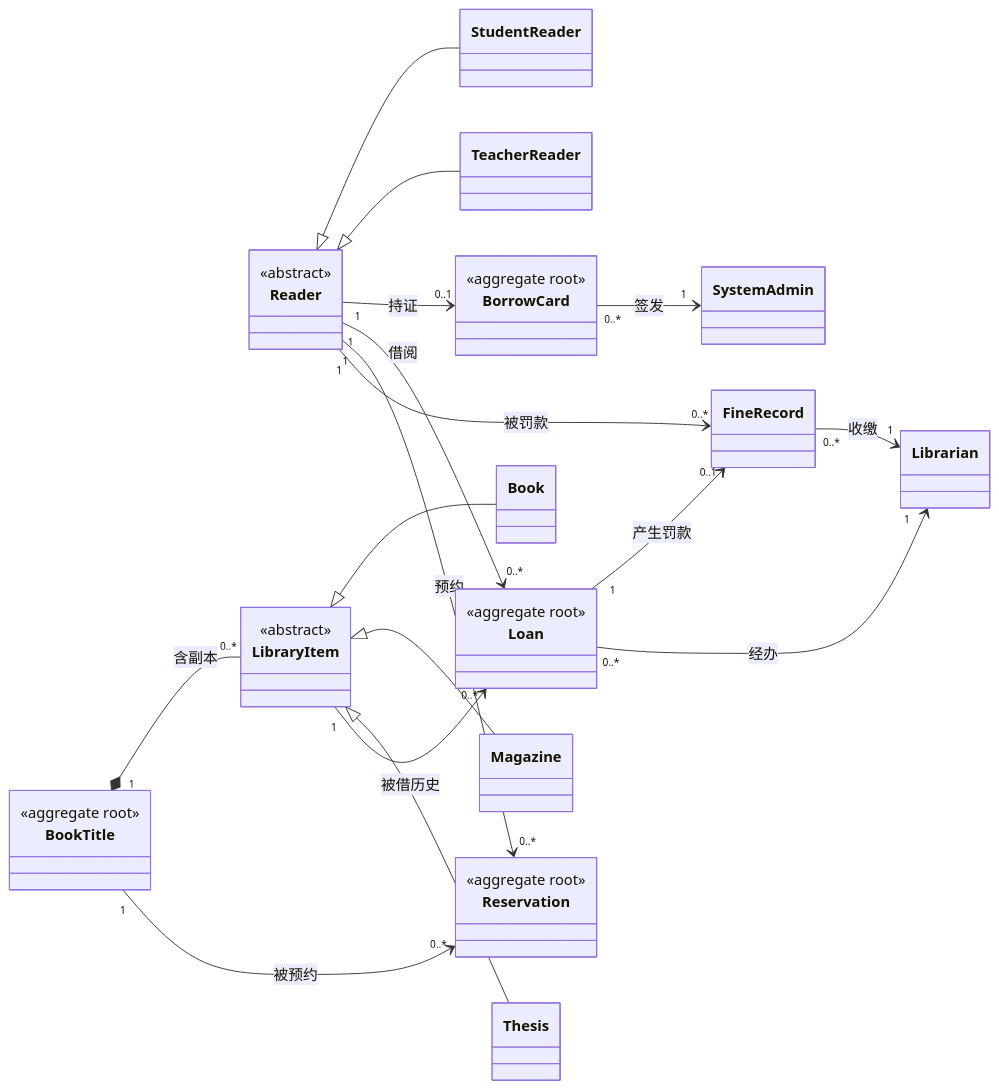
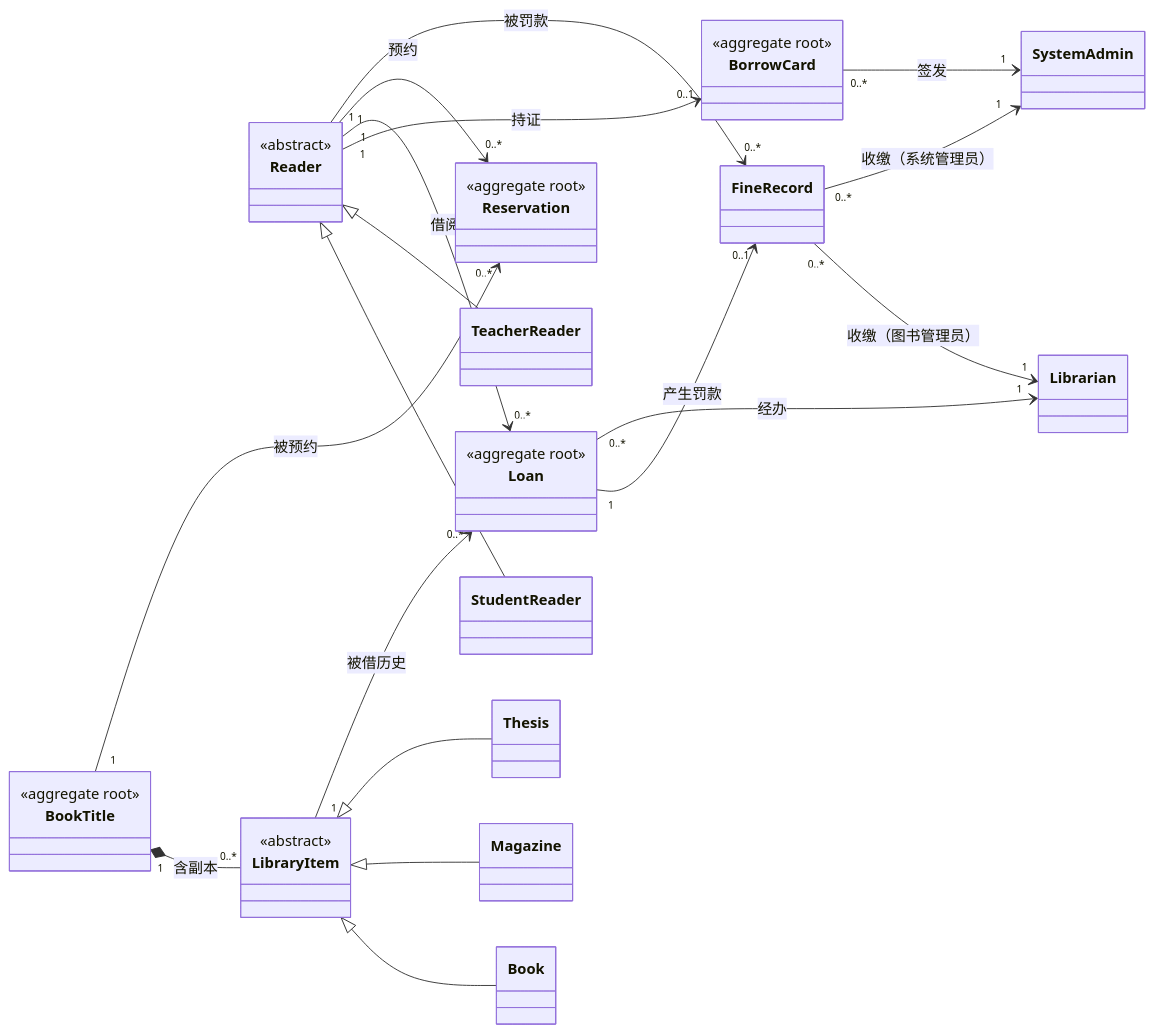
One commit to bihongcue876/LibrarianSystem changed the seventh of 7 diagrams in specs/06-domain-class-diagram.md. Above: the diagram before and after it, drawn with Mermaid. The commit also changed other lines of this file and 12 other files, not shown here.

````diff
--- a/specs/06-domain-class-diagram.md
+++ b/specs/06-domain-class-diagram.md
@@ -662,51 +662,52 @@
 ```mermaid
 classDiagram
     direction LR
 
     class Reader {
         <<abstract>>
     }
     class StudentReader
     class TeacherReader
     class Librarian
     class SystemAdmin
     class BorrowCard {
         <<aggregate root>>
     }
     class BookTitle {
         <<aggregate root>>
     }
     class LibraryItem {
         <<abstract>>
     }
     class Book
     class Magazine
     class Thesis
     class Loan {
         <<aggregate root>>
     }
     class Reservation {
         <<aggregate root>>
     }
     class FineRecord
 
     Reader <|-- StudentReader
     Reader <|-- TeacherReader
     LibraryItem <|-- Book
     LibraryItem <|-- Magazine
     LibraryItem <|-- Thesis
 
     Reader "1" --> "0..1" BorrowCard : 持证
     Reader "1" --> "0..*" Loan : 借阅
     Reader "1" --> "0..*" Reservation : 预约
     Reader "1" --> "0..*" FineRecord : 被罚款
 
     BookTitle "1" *-- "0..*" LibraryItem : 含副本
     BookTitle "1" --> "0..*" Reservation : 被预约
 
     LibraryItem "1" --> "0..*" Loan : 被借历史
     Loan "1" --> "0..1" FineRecord : 产生罚款
     Loan "0..*" --> "1" Librarian : 经办
     BorrowCard "0..*" --> "1" SystemAdmin : 签发
-    FineRecord "0..*" --> "1" Librarian : 收缴
+    FineRecord "0..*" --> "1" Librarian : 收缴（图书管理员）
+    FineRecord "0..*" --> "1" SystemAdmin : 收缴（系统管理员）
 ```
````
